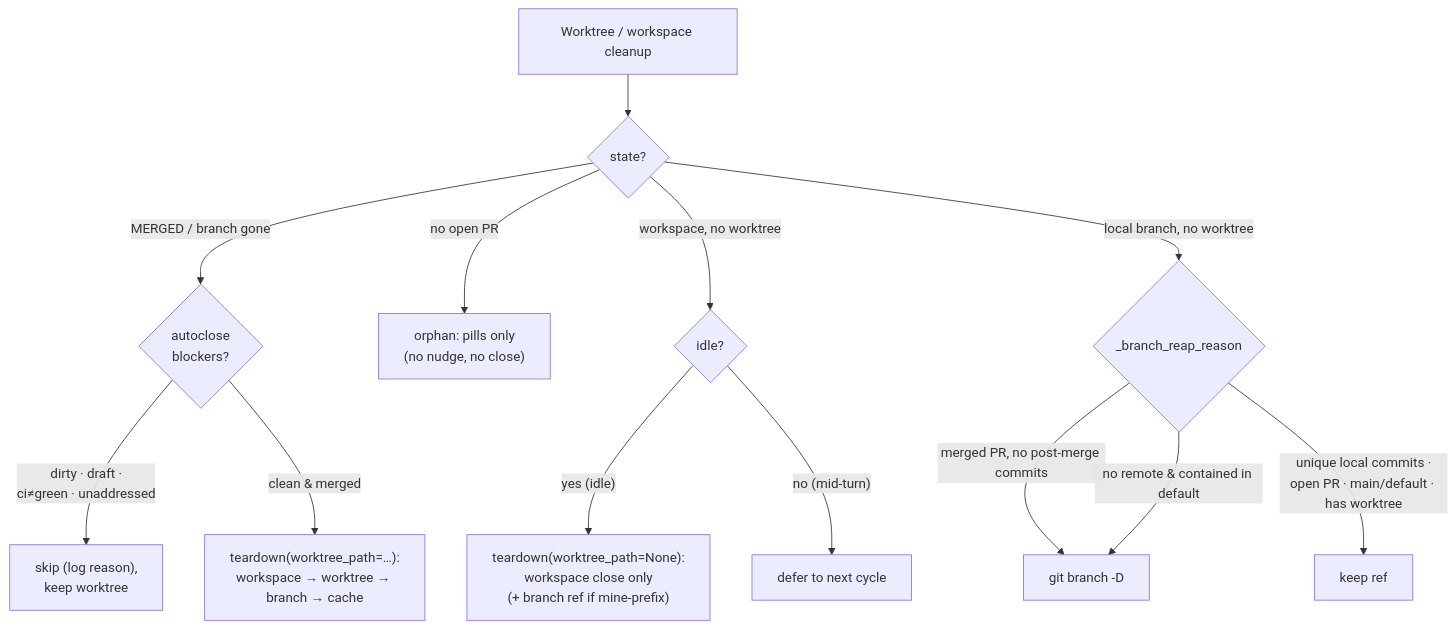
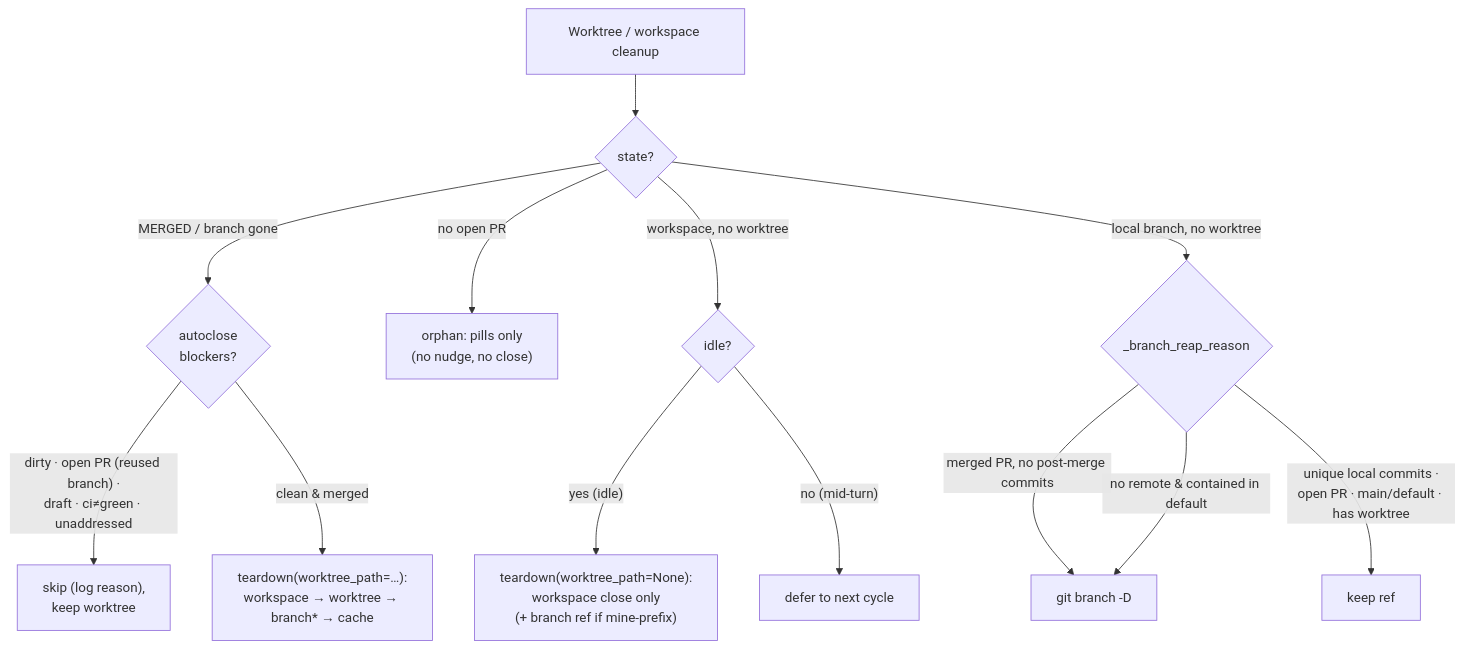
The third of 5 diagrams in docs/state-machine.md (khivi/cockpit), drawn with Mermaid before and after one commit. The commit also changed other lines of this file and 2 other files, not shown here.

````diff
--- a/docs/state-machine.md
+++ b/docs/state-machine.md
@@ -173,19 +181,19 @@
 ```mermaid
 flowchart TD
   C["Worktree / workspace cleanup"] --> K{"state?"}
 
   K -->|"MERGED / branch gone"| AC{"autoclose<br/>blockers?"}
-  AC -->|"dirty · draft ·<br/>ci≠green · unaddressed"| SK["skip (log reason),<br/>keep worktree"]
-  AC -->|"clean & merged"| TD["teardown(worktree_path=…):<br/>workspace → worktree → branch → cache"]
+  AC -->|"dirty · open PR (reused branch) ·<br/>draft · ci≠green · unaddressed"| SK["skip (log reason),<br/>keep worktree"]
+  AC -->|"clean & merged"| TD["teardown(worktree_path=…):<br/>workspace → worktree → branch* → cache"]
 
   K -->|"no open PR"| OP["orphan: pills only<br/>(no nudge, no close)"]
 
   K -->|"workspace, no worktree"| RP{"idle?"}
   RP -->|"yes (idle)"| EN["teardown(worktree_path=None):<br/>workspace close only<br/>(+ branch ref if mine-prefix)"]
   RP -->|"no (mid-turn)"| DF["defer to next cycle"]
 
   K -->|"local branch, no worktree"| BR{"_branch_reap_reason"}
   BR -->|"merged PR, no post-merge commits"| BD["git branch -D"]
   BR -->|"no remote & contained in default"| BD
   BR -->|"unique local commits ·<br/>open PR · main/default · has worktree"| BK["keep ref"]
 ```
````
